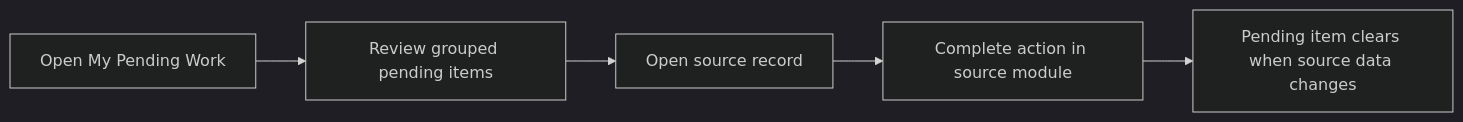
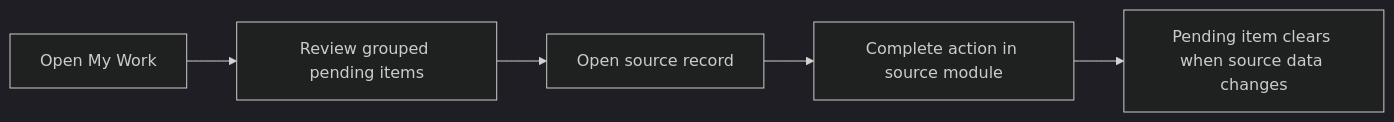
Diagram 20 of 27 in docs/ROLE_BASED_USAGE_MANUAL.md (harsha-jivawater/jiva-farm-os), drawn with Mermaid (dark theme) before and after one commit. The commit also changed other lines of this file and 11 other files, not shown here.

````diff
--- a/docs/ROLE_BASED_USAGE_MANUAL.md
+++ b/docs/ROLE_BASED_USAGE_MANUAL.md
@@ -988,7 +989,7 @@
 ```mermaid
 flowchart LR
-  A["Open My Pending Work"] --> B["Review grouped pending items"]
+  A["Open My Work"] --> B["Review grouped pending items"]
   B --> C["Open source record"]
   C --> D["Complete action in source module"]
   D --> E["Pending item clears when source data changes"]
 ```
````
